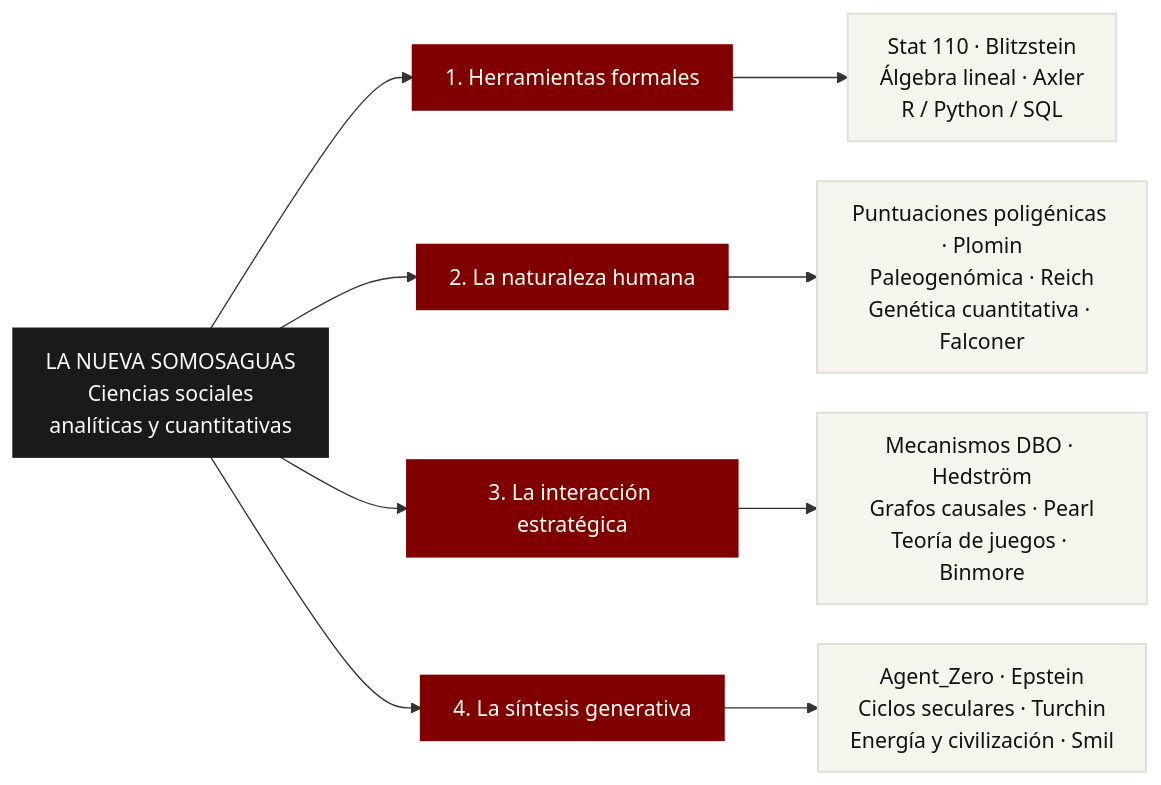
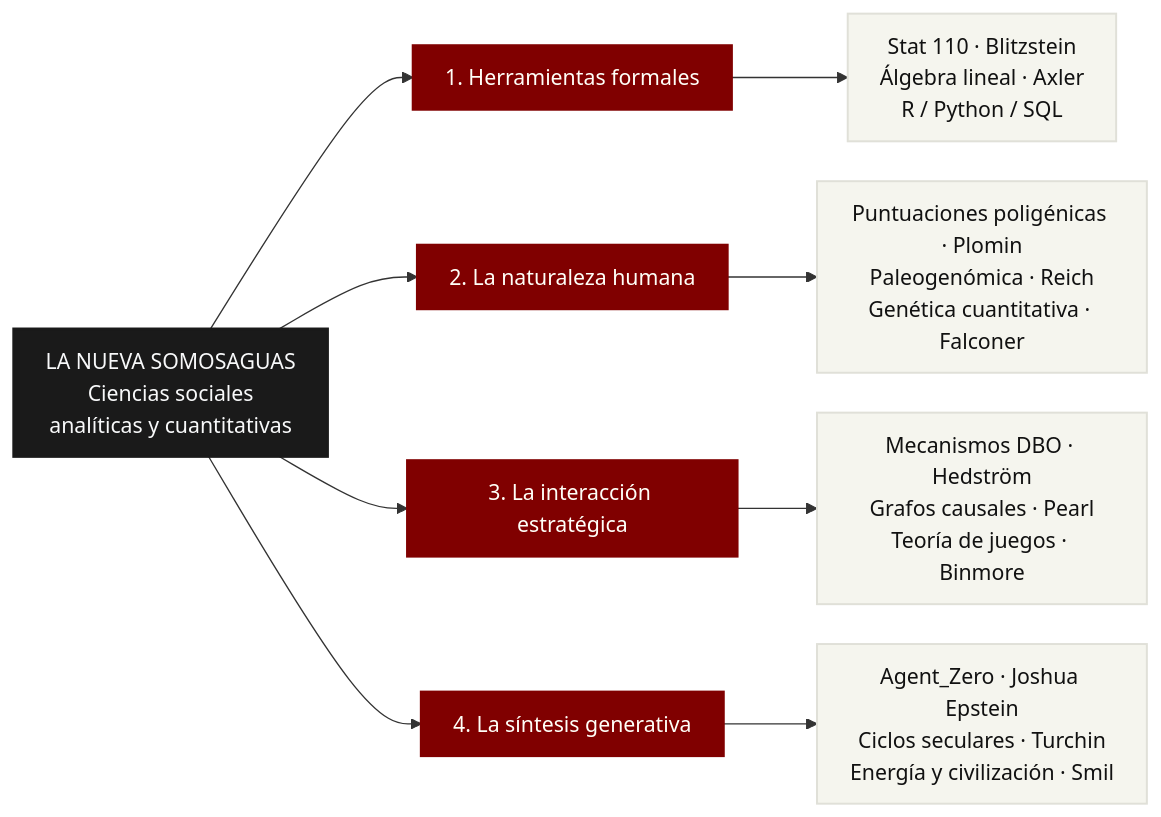
The diagram in index.qmd (danielgccr/nuevasomosaguas), drawn with Mermaid before and after one commit. The commit also changed other lines of this file and 20 other files, not shown here.

````diff
--- a/index.qmd
+++ b/index.qmd
@@ -30,26 +30,26 @@
 ```{mermaid}
 %%| label: fig-pilares
 %%| fig-cap: "Los cuatro pilares de la consiliencia y sus referencias fundacionales."
 
 %%{init: {"flowchart": {"htmlLabels": false, "nodeSpacing": 30, "rankSpacing": 60, "padding": 12, "useMaxWidth": true}}}%%
 flowchart LR
     NS["LA NUEVA SOMOSAGUAS<br/>Ciencias sociales<br/>analíticas y cuantitativas"]
 
     NS --> P1["1. Herramientas formales"]
     NS --> P2["2. La naturaleza humana"]
     NS --> P3["3. La interacción estratégica"]
     NS --> P4["4. La síntesis generativa"]
 
     P1 --> R1["Stat 110 · Blitzstein<br/>Álgebra lineal · Axler<br/>R / Python / SQL"]
     P2 --> R2["Puntuaciones poligénicas · Plomin<br/>Paleogenómica · Reich<br/>Genética cuantitativa · Falconer"]
     P3 --> R3["Mecanismos DBO · Hedström<br/>Grafos causales · Pearl<br/>Teoría de juegos · Binmore"]
-    P4 --> R4["Agent_Zero · Epstein<br/>Ciclos seculares · Turchin<br/>Energía y civilización · Smil"]
+    P4 --> R4["Agent_Zero · Joshua Epstein<br/>Ciclos seculares · Turchin<br/>Energía y civilización · Smil"]
 
     classDef raiz fill:#1a1a1a,stroke:#1a1a1a,stroke-width:2px,color:#f8f9fa
     classDef pilar fill:#800000,stroke:#800000,stroke-width:2px,color:#fffff8
     classDef ref fill:#f5f5ee,stroke:#e0e0d8,stroke-width:1.5px,color:#111111
 
     class NS raiz
     class P1,P2,P3,P4 pilar
     class R1,R2,R3,R4 ref
 ```
````
